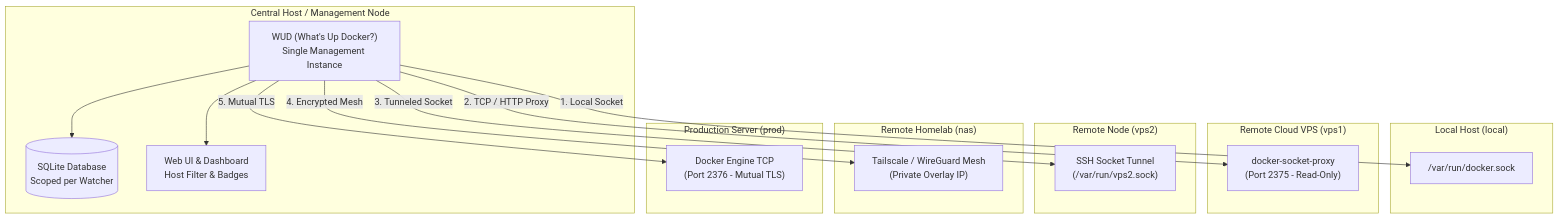
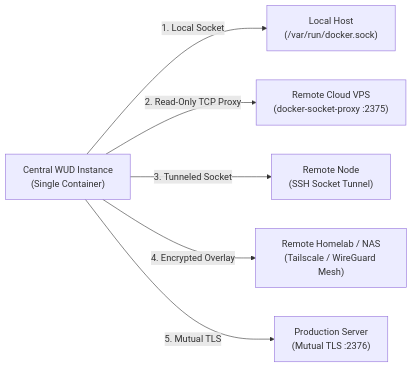
One commit to getwud/wud changed the first of 4 diagrams in website/docs/configuration/watchers/remote-tls.md. Above: the diagram before and after it, drawn with Mermaid. The commit also changed other lines of this file, not shown here.

Commit message:
📚 [DOCS] Streamline multi-host guide and improve diagram readability

````diff
--- a/website/docs/configuration/watchers/remote-tls.md
+++ b/website/docs/configuration/watchers/remote-tls.md
@@ -31,36 +31,16 @@
 ```mermaid
-flowchart TD
-    subgraph Central["Central Host / Management Node"]
-        WUD["WUD (What's Up Docker?)<br/>Single Management Instance"]
-        SQLite[("SQLite Database<br/>Scoped per Watcher")]
-        UI["Web UI & Dashboard<br/>Host Filter & Badges"]
-        WUD --> SQLite
-        WUD --> UI
-    end
+flowchart LR
+    WUD["Central WUD Instance<br/>(Single Container)"]
 
-    subgraph HostLocal["Local Host (local)"]
-        LocalSocket["/var/run/docker.sock"]
-    end
+    H1["Local Host<br/>(/var/run/docker.sock)"]
+    H2["Remote Cloud VPS<br/>(docker-socket-proxy :2375)"]
+    H3["Remote Node<br/>(SSH Socket Tunnel)"]
+    H4["Remote Homelab / NAS<br/>(Tailscale / WireGuard Mesh)"]
+    H5["Production Server<br/>(Mutual TLS :2376)"]
 
-    subgraph HostVPS1["Remote Cloud VPS (vps1)"]
-        SocketProxy["docker-socket-proxy<br/>(Port 2375 - Read-Only)"]
-    end
-
-    subgraph HostVPS2["Remote Node (vps2)"]
-        SSHTunnel["SSH Socket Tunnel<br/>(/var/run/vps2.sock)"]
-    end
-
-    subgraph HostMesh["Remote Homelab (nas)"]
-        Mesh["Tailscale / WireGuard Mesh<br/>(Private Overlay IP)"]
-    end
-
-    subgraph HostProd["Production Server (prod)"]
-        MTLS["Docker Engine TCP<br/>(Port 2376 - Mutual TLS)"]
-    end
-
-    WUD -->|"1. Local Socket"| LocalSocket
-    WUD -->|"2. TCP / HTTP Proxy"| SocketProxy
-    WUD -->|"3. Tunneled Socket"| SSHTunnel
-    WUD -->|"4. Encrypted Mesh"| Mesh
-    WUD -->|"5. Mutual TLS"| MTLS
+    WUD -->|"1. Local Socket"| H1
+    WUD -->|"2. Read-Only TCP Proxy"| H2
+    WUD -->|"3. Tunneled Socket"| H3
+    WUD -->|"4. Encrypted Overlay"| H4
+    WUD -->|"5. Mutual TLS"| H5
 ```
````
